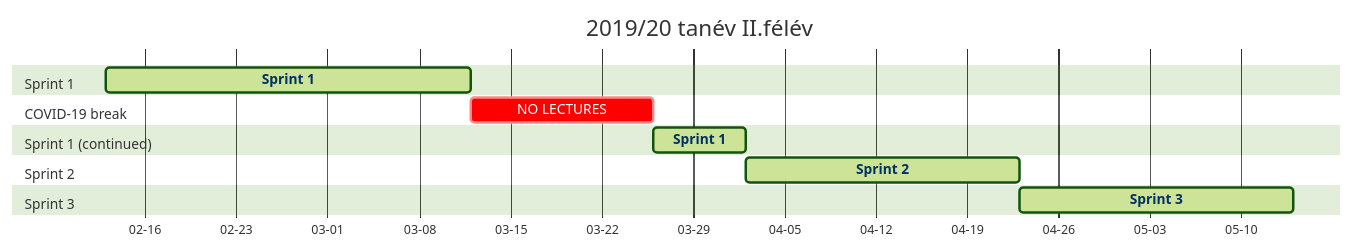
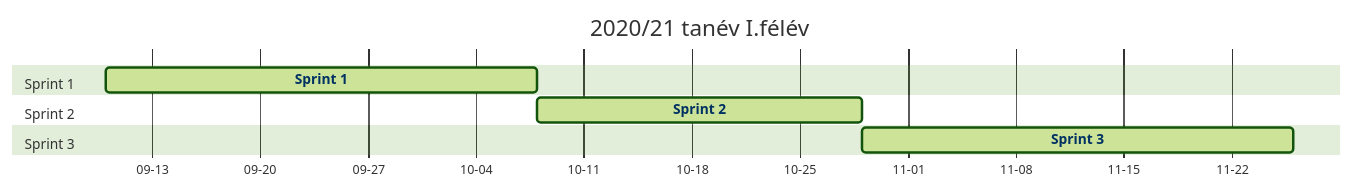
One commit to pintergreg/handout changed the diagram in src/schedule.md. Above: the diagram before and after it, drawn with Mermaid (forest theme). The commit also changed other lines of this file, not shown here.

```diff
--- a/src/schedule.md
+++ b/src/schedule.md
@@ -28,20 +26,15 @@
 <div class="mermaid">
     gantt
     dateFormat  YYYY-MM-DD
     axisFormat  %m-%d
-    title 2019/20 tanév II.félév
+    title 2020/21 tanév I.félév
     section Sprint 1
-        Sprint 1 :active, sprint1, 2020-02-13, 4w
-    section COVID-19 break
-        NO LECTURES :crit, break, after sprint1, 2w
-    section Sprint 1 (continued)
-        Sprint 1 :active, sprint1_cont, after break, 1w
+        Sprint 1 :active, sprint1, 2020-09-10, 4w
     section Sprint 2
-        Sprint 2 :active, sprint2, after sprint1_cont, 3w
+        Sprint 2 :active, sprint2, after sprint1, 3w
     section Sprint 3
-        Sprint 3 :active, sprint3, after sprint2, 3w
+        Sprint 3 :active, sprint3, after sprint2, 4w
     click sprint1 href "./sprint_1.html"
-    click sprint1_cont href "./sprint_1.html"
     click sprint2 href "./sprint_2.html"
     click sprint3 href "./sprint_3.html"
 </div>
```
